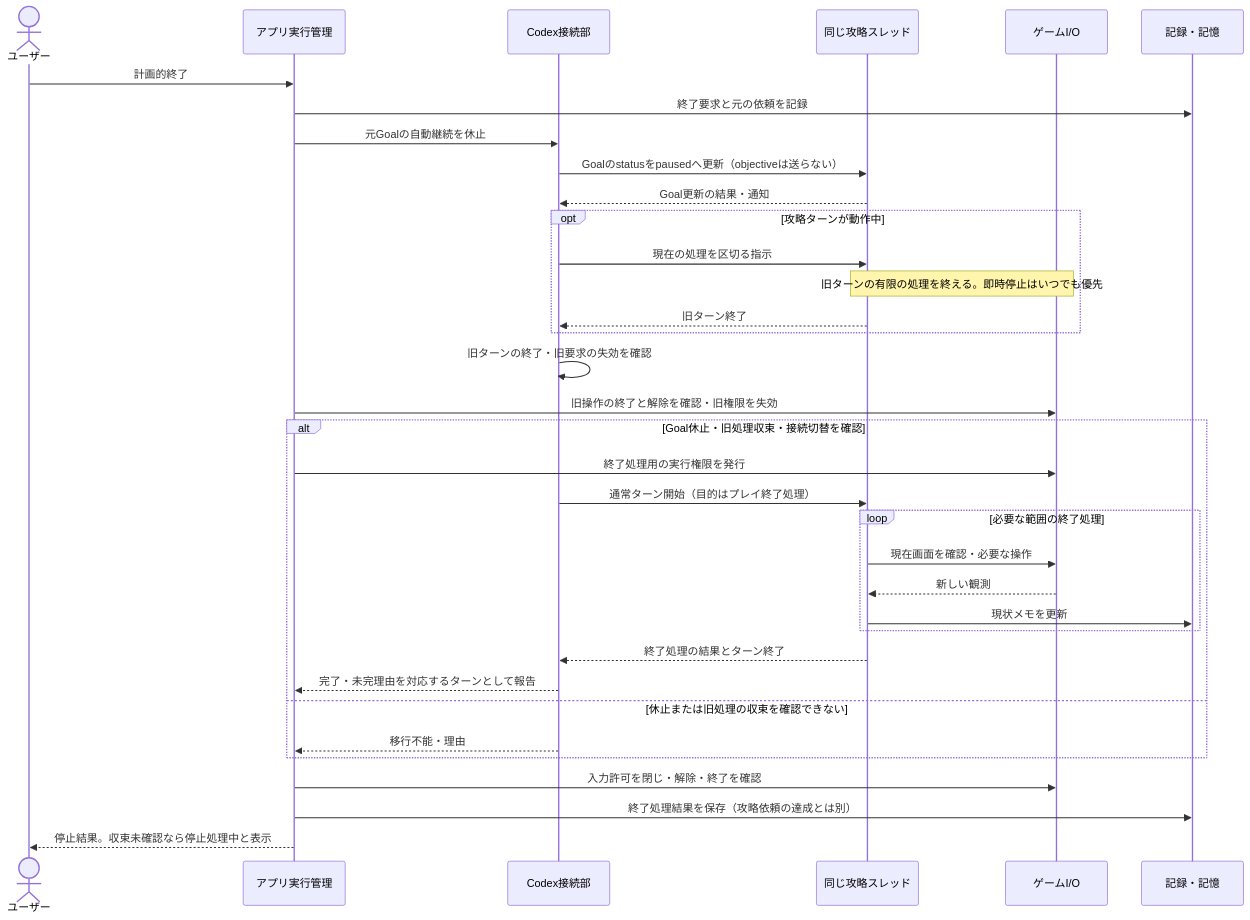
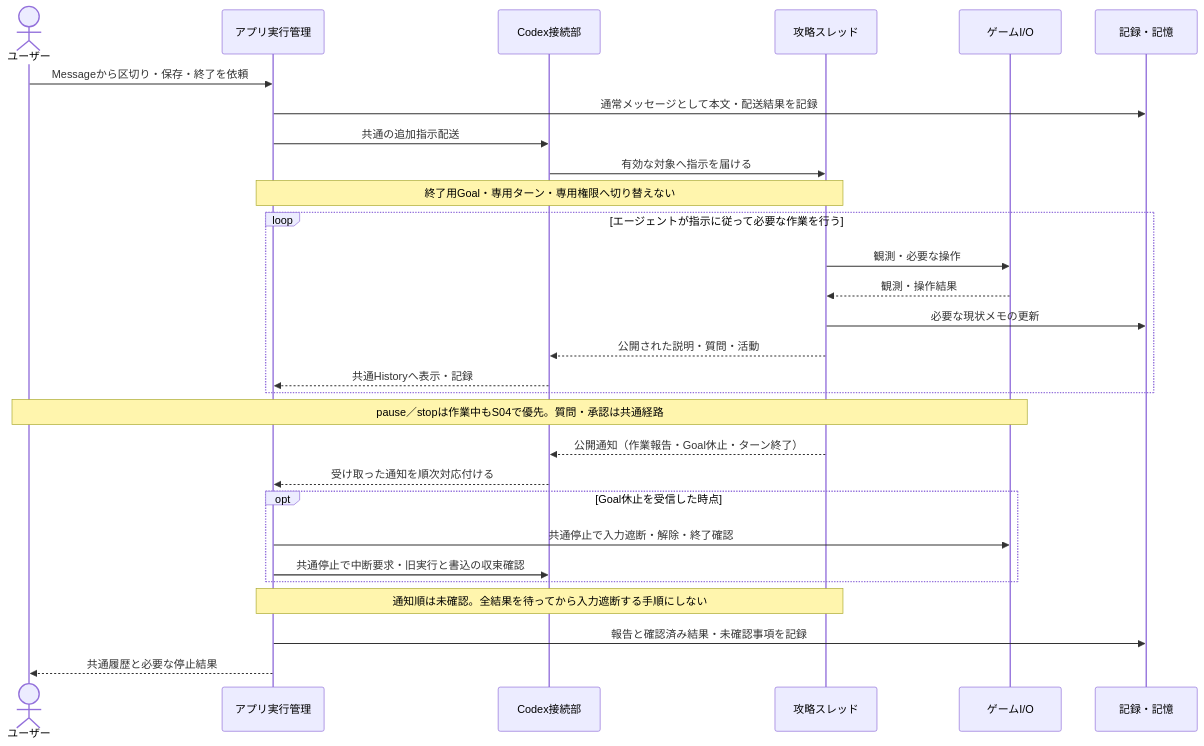
Before and after one commit to niart120/Project_Gigas: the fourth of 8 diagrams in spec/initial/09-control-flows.md, drawn with Mermaid. The commit also changed other lines of this file and 14 other files, not shown here.

````diff
--- a/spec/initial/09-control-flows.md
+++ b/spec/initial/09-control-flows.md
@@ -173,37 +175,31 @@
 ```mermaid
 sequenceDiagram
     actor U as ユーザー
     participant A as アプリ実行管理
     participant C as Codex接続部
-    participant R as 同じ攻略スレッド
+    participant R as 攻略スレッド
     participant G as ゲームI/O
     participant D as 記録・記憶
-    U->>A: 計画的終了
-    A->>D: 終了要求と元の依頼を記録
-    A->>C: 元Goalの自動継続を休止
-    C->>R: Goalのstatusをpausedへ更新（objectiveは送らない）
-    R-->>C: Goal更新の結果・通知
-    opt 攻略ターンが動作中
-        C->>R: 現在の処理を区切る指示
-        Note over R,G: 旧ターンの有限の処理を終える。即時停止はいつでも優先
-        R-->>C: 旧ターン終了
+    U->>A: Messageから区切り・保存・終了を依頼
+    A->>D: 通常メッセージとして本文・配送結果を記録
+    A->>C: 共通の追加指示配送
+    C->>R: 有効な対象へ指示を届ける
+    Note over A,R: 終了用Goal・専用ターン・専用権限へ切り替えない
+    loop エージェントが指示に従って必要な作業を行う
+        R->>G: 観測・必要な操作
+        G-->>R: 観測・操作結果
+        R->>D: 必要な現状メモの更新
+        R-->>C: 公開された説明・質問・活動
+        C-->>A: 共通Historyへ表示・記録
     end
-    C->>C: 旧ターンの終了・旧要求の失効を確認
-    A->>G: 旧操作の終了と解除を確認・旧権限を失効
-    alt Goal休止・旧処理収束・接続切替を確認
-        A->>G: 終了処理用の実行権限を発行
-        C->>R: 通常ターン開始（目的はプレイ終了処理）
-        loop 必要な範囲の終了処理
-            R->>G: 現在画面を確認・必要な操作
-            G-->>R: 新しい観測
-            R->>D: 現状メモを更新
-        end
-        R-->>C: 終了処理の結果とターン終了
-        C-->>A: 完了・未完理由を対応するターンとして報告
-    else 休止または旧処理の収束を確認できない
-        C-->>A: 移行不能・理由
+    Note over U,G: pause／stopは作業中もS04で優先。質問・承認は共通経路
+    R-->>C: 公開通知（作業報告・Goal休止・ターン終了）
+    C-->>A: 受け取った通知を順次対応付ける
+    opt Goal休止を受信した時点
+        A->>G: 共通停止で入力遮断・解除・終了確認
+        A->>C: 共通停止で中断要求・旧実行と書込の収束確認
     end
-    A->>G: 入力許可を閉じ・解除・終了を確認
-    A->>D: 終了処理結果を保存（攻略依頼の達成とは別）
-    A-->>U: 停止結果。収束未確認なら停止処理中と表示
+    Note over A,R: 通知順は未確認。全結果を待ってから入力遮断する手順にしない
+    A->>D: 報告と確認済み結果・未確認事項を記録
+    A-->>U: 共通履歴と必要な停止結果
 ```
````
